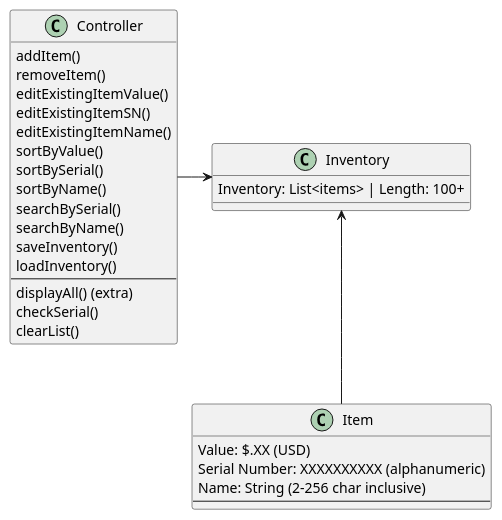
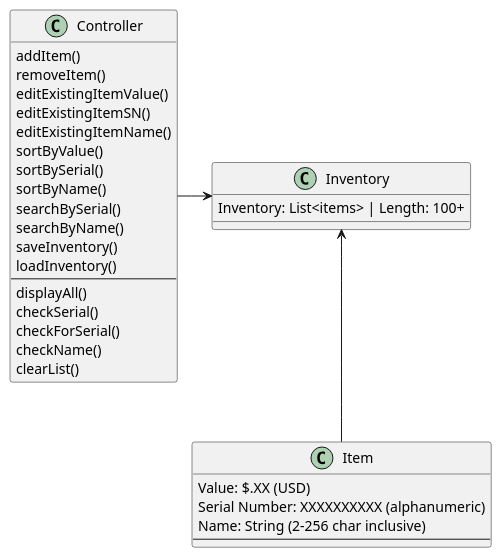
One commit to apatheticzekrom/Giang-cop3330-assignment5 changed the diagram in uml/classdiagram.puml. Above: the diagram before and after it, drawn with PlantUML. The commit also changed 2 other files, not shown here.

```diff
--- a/uml/classdiagram.puml
+++ b/uml/classdiagram.puml
@@ -1,37 +1,39 @@
 @startuml
 'https://plantuml.com/class-diagram
 
 class Inventory {
 Inventory: List<items> | Length: 100+
 }
 
 class Item {
 Value: $.XX (USD)
 Serial Number: XXXXXXXXXX (alphanumeric)
 Name: String (2-256 char inclusive)
 ----
 }
 
 class Controller {
 addItem()
 removeItem()
 editExistingItemValue()
 editExistingItemSN()
 editExistingItemName()
 sortByValue()
 sortBySerial()
 sortByName()
 searchBySerial()
 searchByName()
 saveInventory()
 loadInventory()
 --
-displayAll() (extra)
+displayAll()
 checkSerial()
+checkForSerial()
+checkName()
 clearList()
 }
 
 Controller -> Inventory
 Inventory <-- Item
 
 @enduml
```
